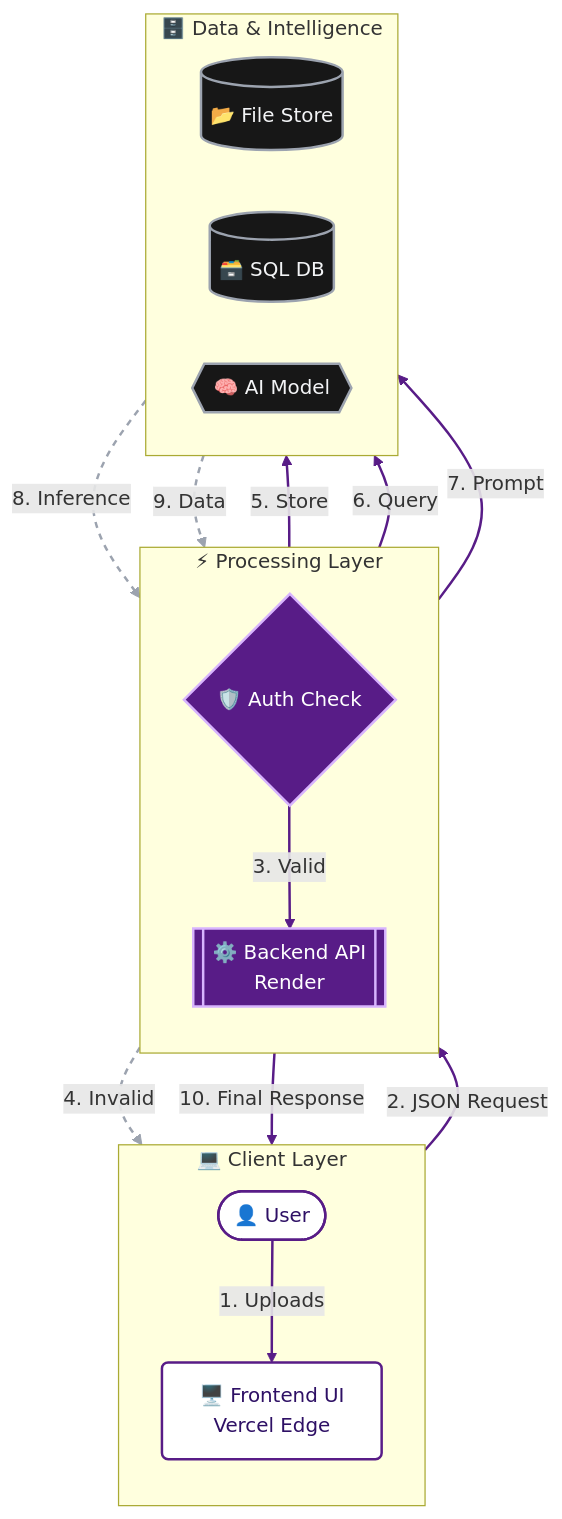
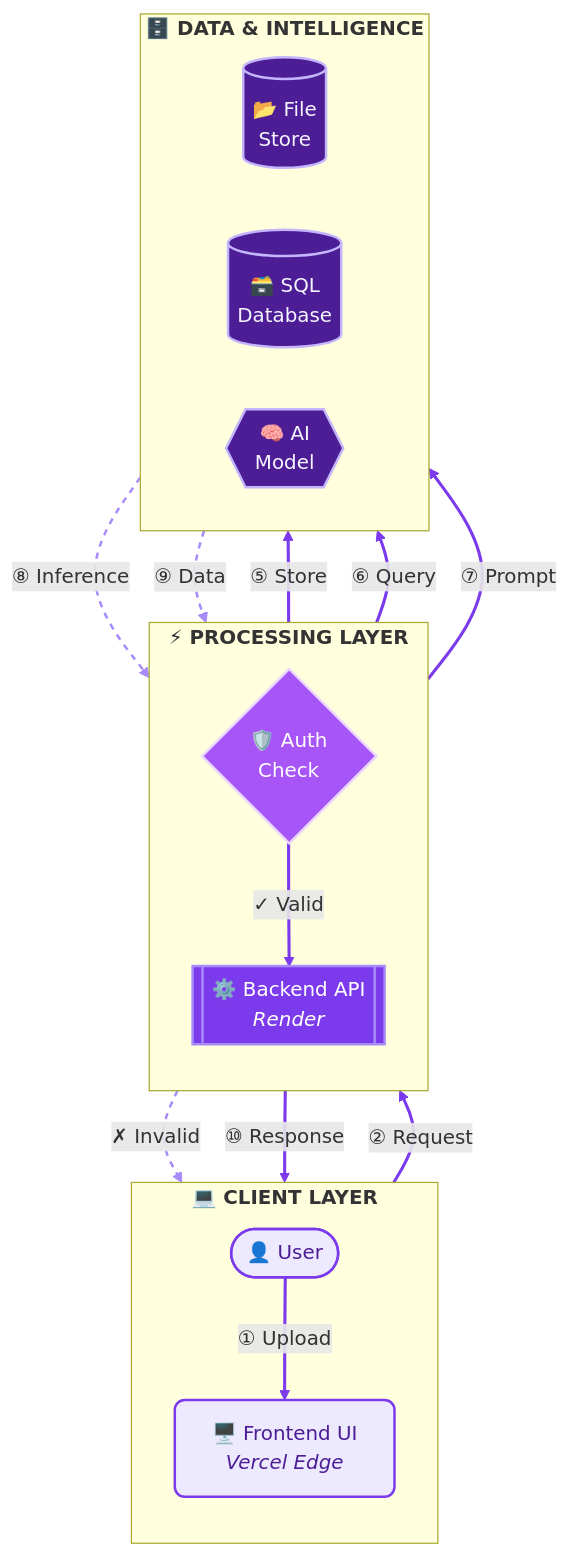
Before and after one commit to SujalAgrawal08/DocBrief: the first of 2 diagrams in README.md, drawn with Mermaid.

````diff
--- a/README.md
+++ b/README.md
@@ -38,57 +38,55 @@
 ```mermaid
 graph TB
     %% --- THEME DEFINITIONS ---
-    classDef purple fill:#581c87,stroke:#d8b4fe,stroke-width:2px,color:#ffffff,rx:5,ry:5;
-    classDef white fill:#ffffff,stroke:#581c87,stroke-width:2px,color:#2e1065,rx:5,ry:5;
-    classDef black fill:#171717,stroke:#9ca3af,stroke-width:2px,color:#f3f4f6,rx:0,ry:0;
+    classDef purple fill:#7c3aed,stroke:#a78bfa,stroke-width:2px,color:#ffffff,rx:8,ry:8;
+    classDef lightPurple fill:#ede9fe,stroke:#7c3aed,stroke-width:2px,color:#4c1d95,rx:8,ry:8;
+    classDef white fill:#ffffff,stroke:#8b5cf6,stroke-width:2px,color:#5b21b6,rx:8,ry:8;
+    classDef dark fill:#4c1d95,stroke:#c4b5fd,stroke-width:2px,color:#f5f3ff,rx:4,ry:4;
+    classDef decision fill:#a855f7,stroke:#e9d5ff,stroke-width:2px,color:#ffffff;
 
     %% --- NODES & SUBGRAPHS ---
     
-    subgraph Client ["💻 Client Layer"]
+    subgraph Client ["<b>💻 CLIENT LAYER</b>"]
         direction TB
         User([👤 User])
-        UI[🖥️ Frontend UI<br/>Vercel Edge]
+        UI[🖥️ Frontend UI<br/><i>Vercel Edge</i>]
     end
 
-    subgraph Server ["⚡ Processing Layer"]
+    subgraph Server ["<b>⚡ PROCESSING LAYER</b>"]
         direction TB
-        Auth{🛡️ Auth Check}
-        API[[⚙️ Backend API<br/>Render]]
+        Auth{🛡️ Auth<br/>Check}
+        API[[⚙️ Backend API<br/><i>Render</i>]]
     end
 
-    %% Key Change: Infra flows Left-to-Right to save vertical space
-    subgraph Infra ["🗄️ Data & Intelligence"]
+    subgraph Infra ["<b>🗄️ DATA & INTELLIGENCE</b>"]
         direction LR
-        Bucket[(📂 File Store)]
-        DB[(🗃️ SQL DB)]
-        AI{{🧠 AI Model}}
+        Bucket[(📂 File<br/>Store)]
+        DB[(🗃️ SQL<br/>Database)]
+        AI{{🧠 AI<br/>Model}}
     end
 
     %% --- CONNECTIONS ---
     
-    User ==>|1. Uploads| UI
-    UI ==>|2. JSON Request| Auth
-    Auth -->|3. Valid| API
-    Auth -.->|4. Invalid| UI
+    User -->|"① Upload"| UI
+    UI -->|"② Request"| Auth
+    Auth -->|"✓ Valid"| API
+    Auth -.->|"✗ Invalid"| UI
     
-    %% Connections to Infra
-    API -->|5. Store| Bucket
-    API -->|6. Query| DB
-    API -->|7. Prompt| AI
+    API -->|"⑤ Store"| Bucket
+    API -->|"⑥ Query"| DB
+    API -->|"⑦ Prompt"| AI
     
-    %% Returns
-    AI -.->|8. Inference| API
-    DB -.->|9. Data| API
-    API ==>|10. Final Response| UI
+    AI -.->|"⑧ Inference"| API
+    DB -.->|"⑨ Data"| API
+    API -->|"⑩ Response"| UI
 
     %% --- STYLING APPLICATION ---
-    class User,UI white;
-    class API,Auth purple;
-    class DB,AI,Bucket black;
-    
+    class User,UI lightPurple
+    class API purple
+    class Auth decision
+    class DB,AI,Bucket dark
+
     %% --- LINK STYLES ---
-    %% Solid Purple (Main Flow)
-    linkStyle 0,1,2,4,5,6,9 stroke:#581c87,stroke-width:2px,fill:none;
-    %% Dotted Gray (Returns/Errors)
-    linkStyle 3,7,8 stroke:#9ca3af,stroke-width:2px,stroke-dasharray: 5 5;
+    linkStyle 0,1,2,4,5,6,9 stroke:#7c3aed,stroke-width:2.5px
+    linkStyle 3,7,8 stroke:#a78bfa,stroke-width:2px,stroke-dasharray:5 5
 ```
````
